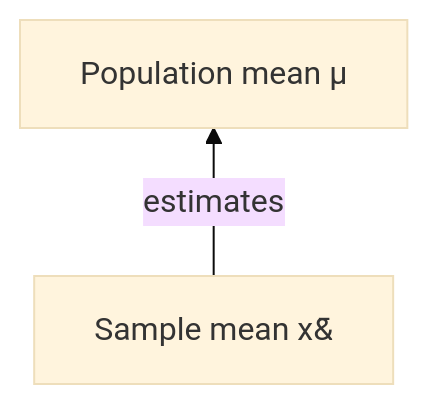
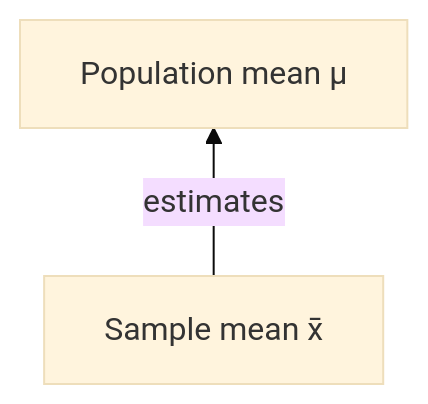
One commit to maehr/all-data-are-local changed the third of 5 diagrams in contents/cheat-sheet.qmd. Above: the diagram before and after it, drawn with Mermaid (base theme).

Commit message:
fix: print the sample mean as x-bar in the mermaid diagram
The node held `x&#772;`. Mermaid does not decode a numeric entity inside a
quoted label, so the page printed a literal ampersand with a combining macron
hanging off it. Use the literal characters instead.

The adjacent node reads Population mean mu, and mu carries no bar. The broken
node is the sample mean, which is x-bar.

````diff
--- a/contents/cheat-sheet.qmd
+++ b/contents/cheat-sheet.qmd
@@ -648,4 +648,4 @@
 ```{mermaid}
 flowchart BT
-    A["Sample mean x&#772;"] -->|estimates| B["Population mean &mu;"]
+    A["Sample mean x̄"] -->|estimates| B["Population mean μ"]
 ```
````
